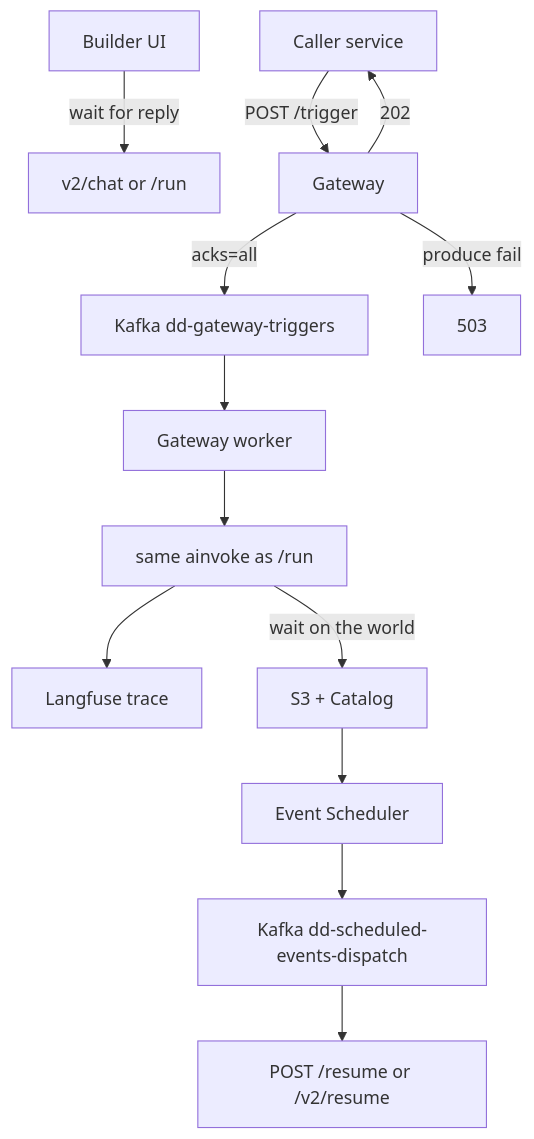
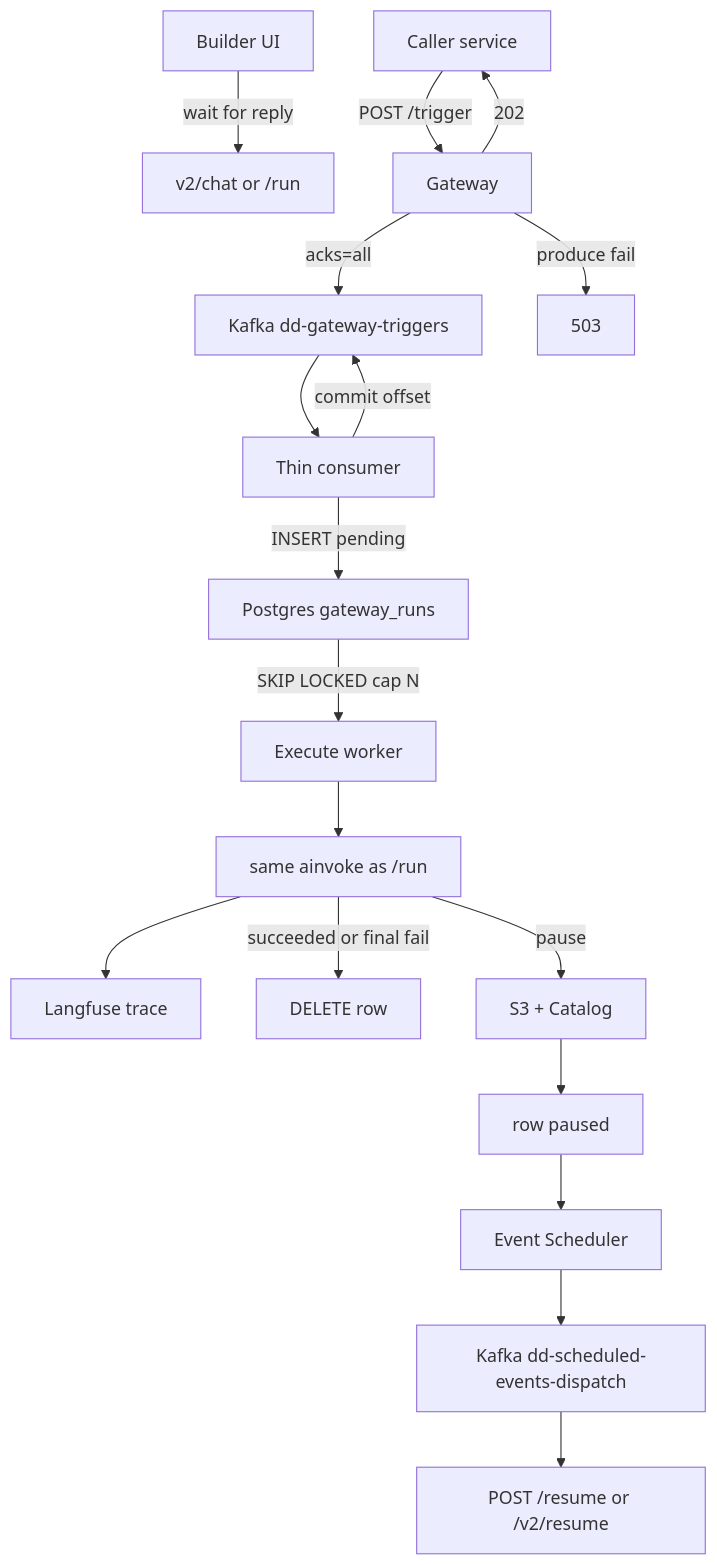
The first of 5 diagrams in Resume/Delhivery/02 - Catalog and Gateway.md (zekkrron/cs-knowledge-base), drawn with Mermaid before and after one commit. The commit also changed other lines of this file and 47 other files, not shown here.

````diff
--- a/Resume/Delhivery/02 - Catalog and Gateway.md
+++ b/Resume/Delhivery/02 - Catalog and Gateway.md
@@ -176,15 +260,20 @@
 ```mermaid
 flowchart TD
   Human[Builder UI] -->|wait for reply| Sync["v2/chat or /run"]
   Svc[Caller service] -->|POST /trigger| T[Gateway]
   T -->|acks=all| K[Kafka dd-gateway-triggers]
   T -->|202| Svc
   T -->|produce fail| E[503]
-  K --> W[Gateway worker]
-  W --> G[same ainvoke as /run]
+  K --> Thin[Thin consumer]
+  Thin -->|INSERT pending| PG[Postgres gateway_runs]
+  Thin -->|commit offset| K
+  PG -->|SKIP LOCKED cap N| Ex[Execute worker]
+  Ex --> G[same ainvoke as /run]
   G --> L[Langfuse trace]
-  G -->|wait on the world| S3[S3 + Catalog]
-  S3 --> Sch[Event Scheduler]
+  G -->|succeeded or final fail| Del[DELETE row]
+  G -->|pause| S3[S3 + Catalog]
+  S3 --> Paused[row paused]
+  Paused --> Sch[Event Scheduler]
   Sch --> RK[Kafka dd-scheduled-events-dispatch]
   RK --> Resume["POST /resume or /v2/resume"]
 ```
````
